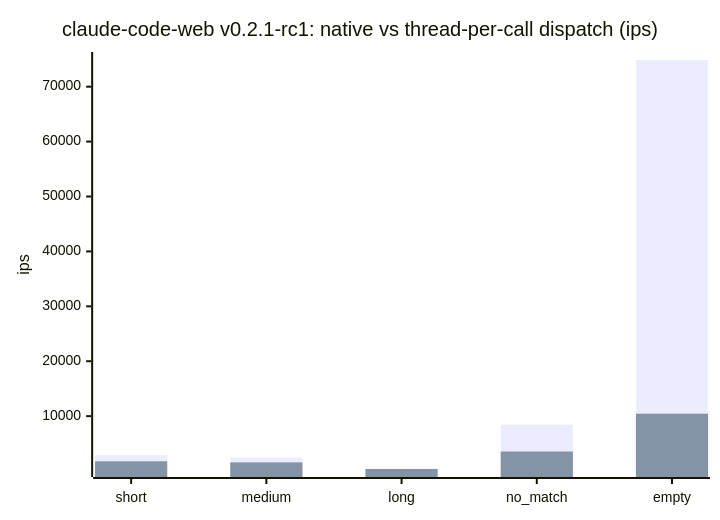
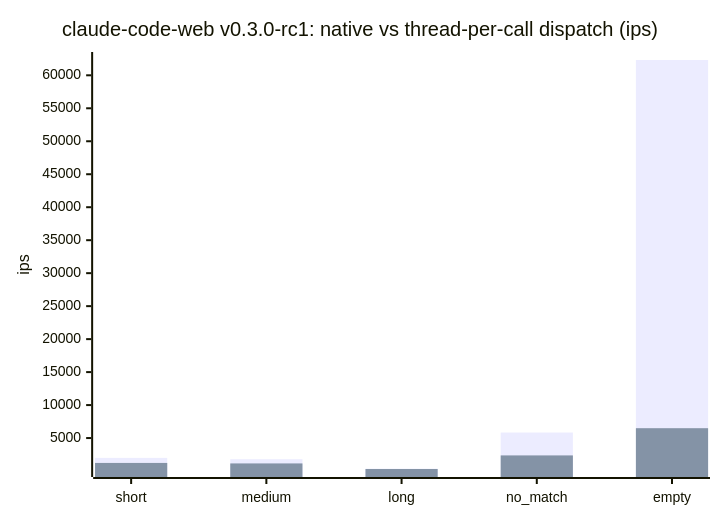
One commit to cpb/duckling changed the second of 5 diagrams in docs/benchmarks/README.md. Above: the diagram before and after it, drawn with Mermaid. The commit also changed other lines of this file and 1 other file, not shown here.

First line of the commit message:
Record claude-code-web benchmark results for 0.3.0-rc1

````diff
--- a/docs/benchmarks/README.md
+++ b/docs/benchmarks/README.md
@@ -87,8 +87,8 @@
 ```mermaid
 xychart-beta
-    title "claude-code-web v0.2.1-rc1: native vs thread-per-call dispatch (ips)"
+    title "claude-code-web v0.3.0-rc1: native vs thread-per-call dispatch (ips)"
     x-axis [short, medium, long, no_match, empty]
     y-axis "ips"
-    bar "native" [2898.0, 2454.8, 417.3, 8452.9, 74858.9]
-    bar "thread-per-call" [1773.1, 1577.3, 373.4, 3561.1, 10446.8]
+    bar "native" [1997.4, 1791.1, 360.1, 5835.9, 62320.0]
+    bar "thread-per-call" [1228.1, 1152.8, 308.1, 2368.1, 6493.4]
 ```
````
